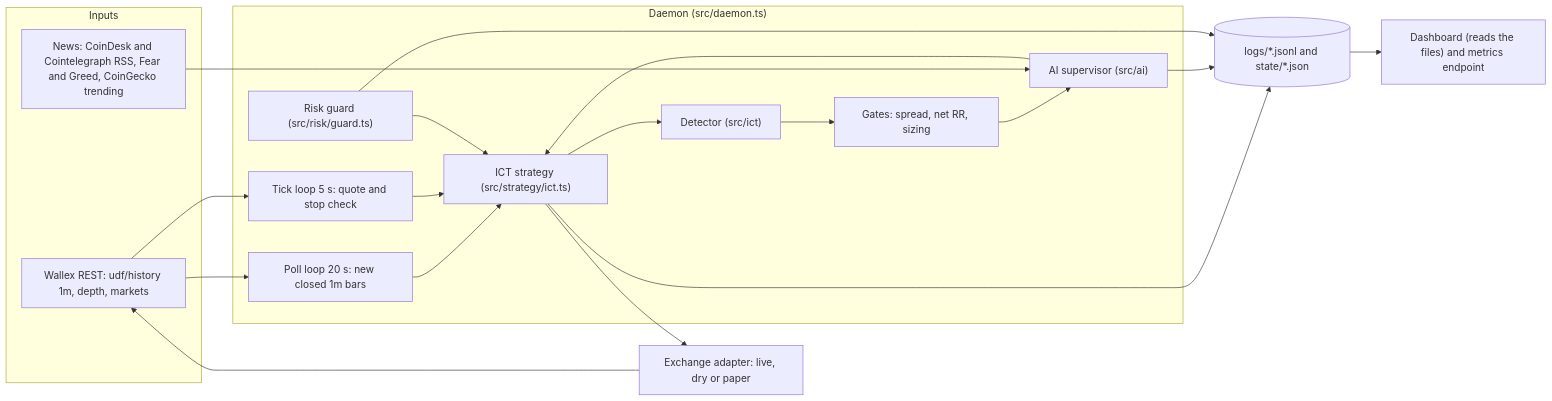
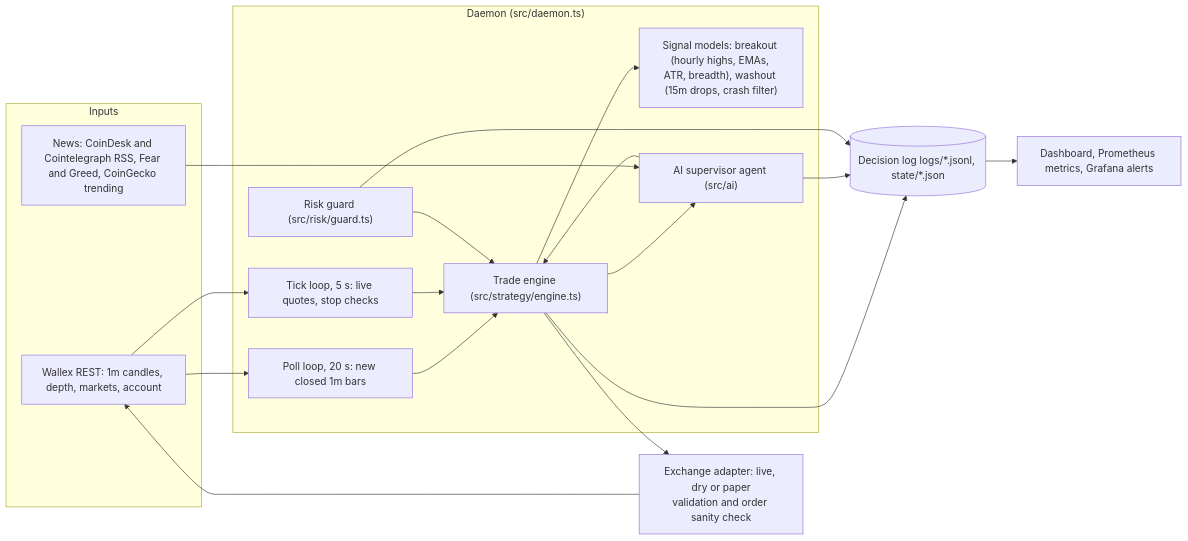
The first of 3 diagrams in docs/ARCHITECTURE.md (united-states-arak/wallex), drawn with Mermaid before and after one commit. The commit also changed other lines of this file and 152 other files, not shown here.

First line of the commit message:
feat: combo strategy, AI supervisor fixes, security hardening, full docs and demo video

````diff
--- a/docs/ARCHITECTURE.md
+++ b/docs/ARCHITECTURE.md
@@ -7,30 +7,29 @@
 ```mermaid
 flowchart LR
     subgraph In["Inputs"]
-        WX["Wallex REST: udf/history 1m, depth, markets"]
+        WX["Wallex REST: 1m candles, depth, markets, account"]
         NW["News: CoinDesk and Cointelegraph RSS, Fear and Greed, CoinGecko trending"]
     end
     subgraph Core["Daemon (src/daemon.ts)"]
-        POLL["Poll loop 20 s: new closed 1m bars"]
-        TICK["Tick loop 5 s: quote and stop check"]
-        STRAT["ICT strategy (src/strategy/ict.ts)"]
-        DET["Detector (src/ict)"]
-        GATE["Gates: spread, net RR, sizing"]
-        SUP["AI supervisor (src/ai)"]
+        POLL["Poll loop, 20 s: new closed 1m bars"]
+        TICK["Tick loop, 5 s: live quotes, stop checks"]
+        STRAT["Trade engine (src/strategy/engine.ts)"]
+        TRK["Signal models: breakout (hourly highs, EMAs, ATR, breadth), washout (15m drops, crash filter)"]
         GUARD["Risk guard (src/risk/guard.ts)"]
+        SUP["AI supervisor agent (src/ai)"]
     end
-    EX["Exchange adapter: live, dry or paper"]
-    OUT[("logs/*.jsonl and state/*.json")]
+    EX["Exchange adapter: live, dry or paper<br/>validation and order sanity check"]
+    OUT[("Decision log logs/*.jsonl, state/*.json")]
     WX --> POLL --> STRAT
     WX --> TICK --> STRAT
-    STRAT --> DET --> GATE --> SUP
+    STRAT --> TRK
+    GUARD --> STRAT
+    STRAT --> SUP
     NW --> SUP
-    GUARD --> STRAT
     SUP --> STRAT
-    STRAT --> EX
-    EX --> WX
+    STRAT --> EX --> WX
     STRAT --> OUT
     SUP --> OUT
     GUARD --> OUT
-    OUT --> DASH["Dashboard (reads the files) and metrics endpoint"]
+    OUT --> DASH["Dashboard, Prometheus metrics, Grafana alerts"]
 ```
````
